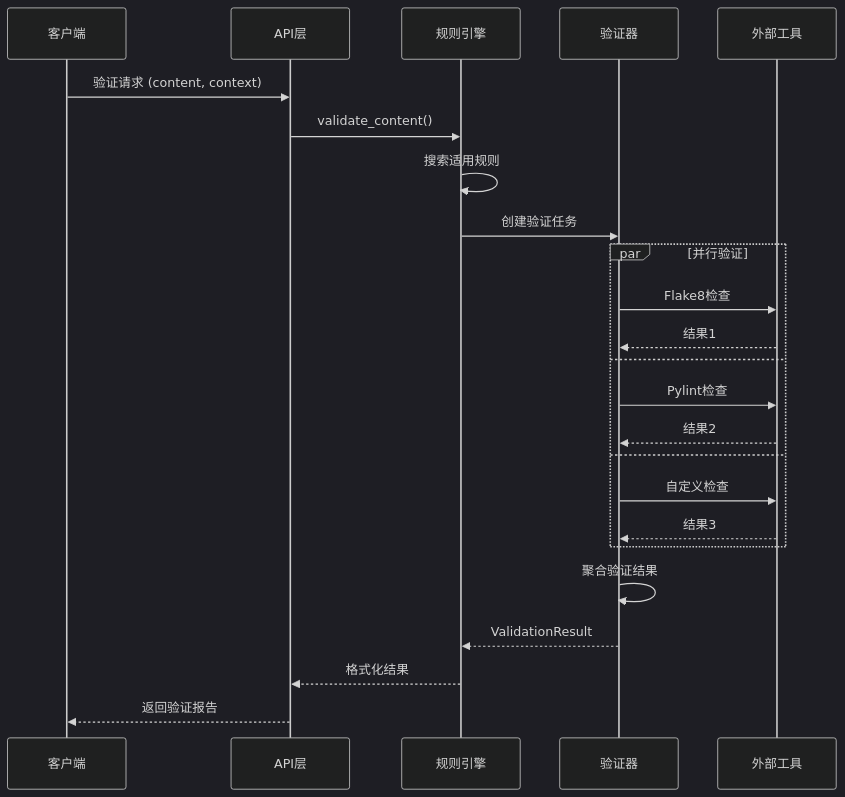
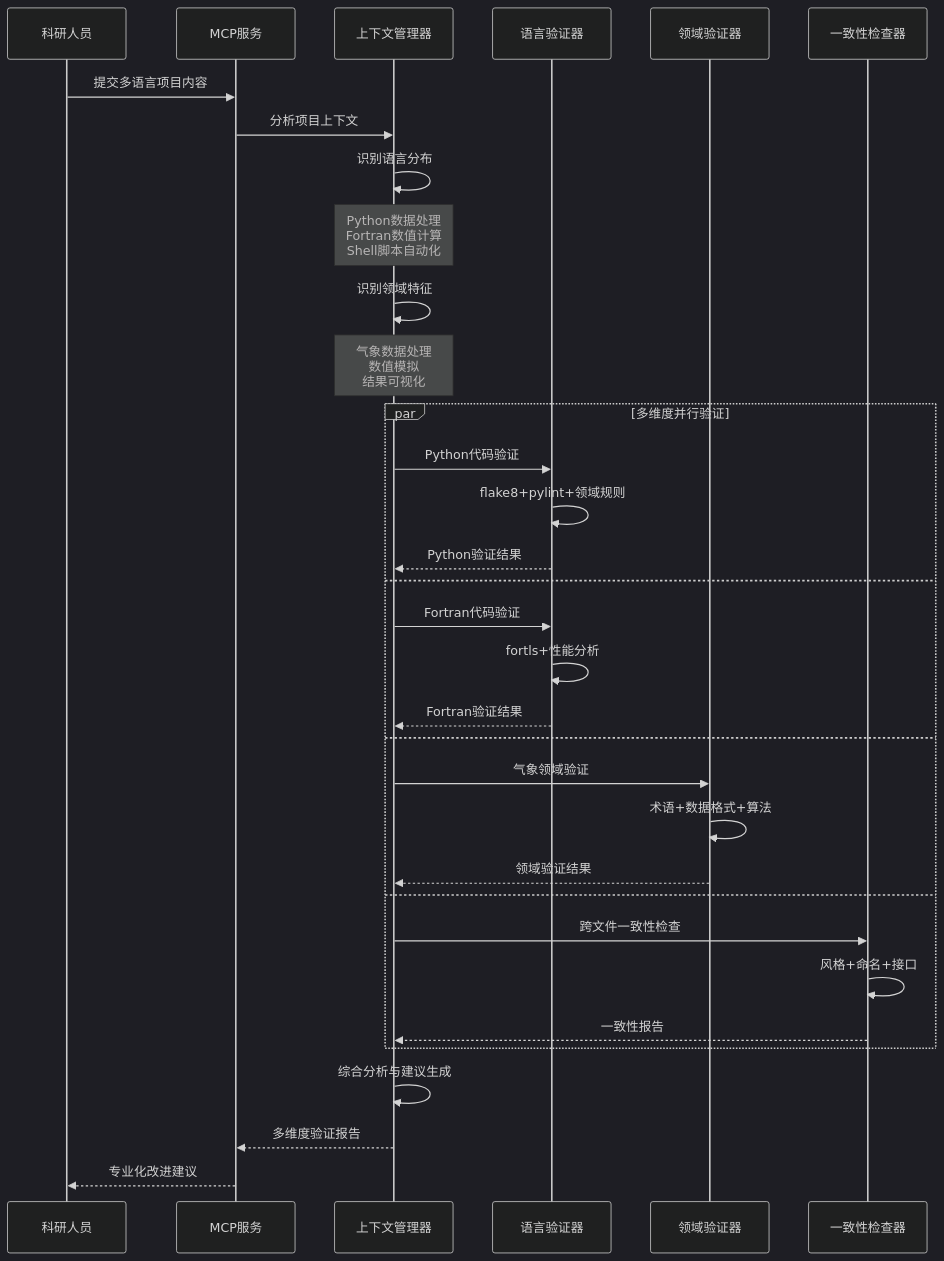
One commit to Mapoet/cursorrules-mcp changed the sixth of 12 diagrams in docs/techs.md. Above: the diagram before and after it, drawn with Mermaid (dark theme). The commit also changed other lines of this file and 8 other files, not shown here.

````diff
--- a/docs/techs.md
+++ b/docs/techs.md
@@ -230,30 +289,40 @@
 ```mermaid
 sequenceDiagram
-    participant Client as 客户端
-    participant API as API层
-    participant Engine as 规则引擎
-    participant Validator as 验证器
-    participant Tools as 外部工具
+    participant Researcher as 科研人员
+    participant MCP as MCP服务
+    participant ContextMgr as 上下文管理器
+    participant LangValidator as 语言验证器
+    participant DomainValidator as 领域验证器
+    participant ConsistencyChecker as 一致性检查器
     
-    Client->>API: 验证请求 (content, context)
-    API->>Engine: validate_content()
+    Researcher->>MCP: 提交多语言项目内容
+    MCP->>ContextMgr: 分析项目上下文
     
-    Engine->>Engine: 搜索适用规则
-    Engine->>Validator: 创建验证任务
+    ContextMgr->>ContextMgr: 识别语言分布
+    Note over ContextMgr: Python数据处理<br/>Fortran数值计算<br/>Shell脚本自动化
     
-    par 并行验证
-        Validator->>Tools: Flake8检查
-        Tools-->>Validator: 结果1
+    ContextMgr->>ContextMgr: 识别领域特征
+    Note over ContextMgr: 气象数据处理<br/>数值模拟<br/>结果可视化
+    
+    par 多维度并行验证
+        ContextMgr->>LangValidator: Python代码验证
+        LangValidator->>LangValidator: flake8+pylint+领域规则
+        LangValidator-->>ContextMgr: Python验证结果
     and
-        Validator->>Tools: Pylint检查  
-        Tools-->>Validator: 结果2
+        ContextMgr->>LangValidator: Fortran代码验证
+        LangValidator->>LangValidator: fortls+性能分析
+        LangValidator-->>ContextMgr: Fortran验证结果
     and
-        Validator->>Tools: 自定义检查
-        Tools-->>Validator: 结果3
+        ContextMgr->>DomainValidator: 气象领域验证
+        DomainValidator->>DomainValidator: 术语+数据格式+算法
+        DomainValidator-->>ContextMgr: 领域验证结果
+    and
+        ContextMgr->>ConsistencyChecker: 跨文件一致性检查
+        ConsistencyChecker->>ConsistencyChecker: 风格+命名+接口
+        ConsistencyChecker-->>ContextMgr: 一致性报告
     end
     
-    Validator->>Validator: 聚合验证结果
-    Validator-->>Engine: ValidationResult
-    Engine-->>API: 格式化结果
-    API-->>Client: 返回验证报告
+    ContextMgr->>ContextMgr: 综合分析与建议生成
+    ContextMgr-->>MCP: 多维度验证报告
+    MCP-->>Researcher: 专业化改进建议
 ```
````
